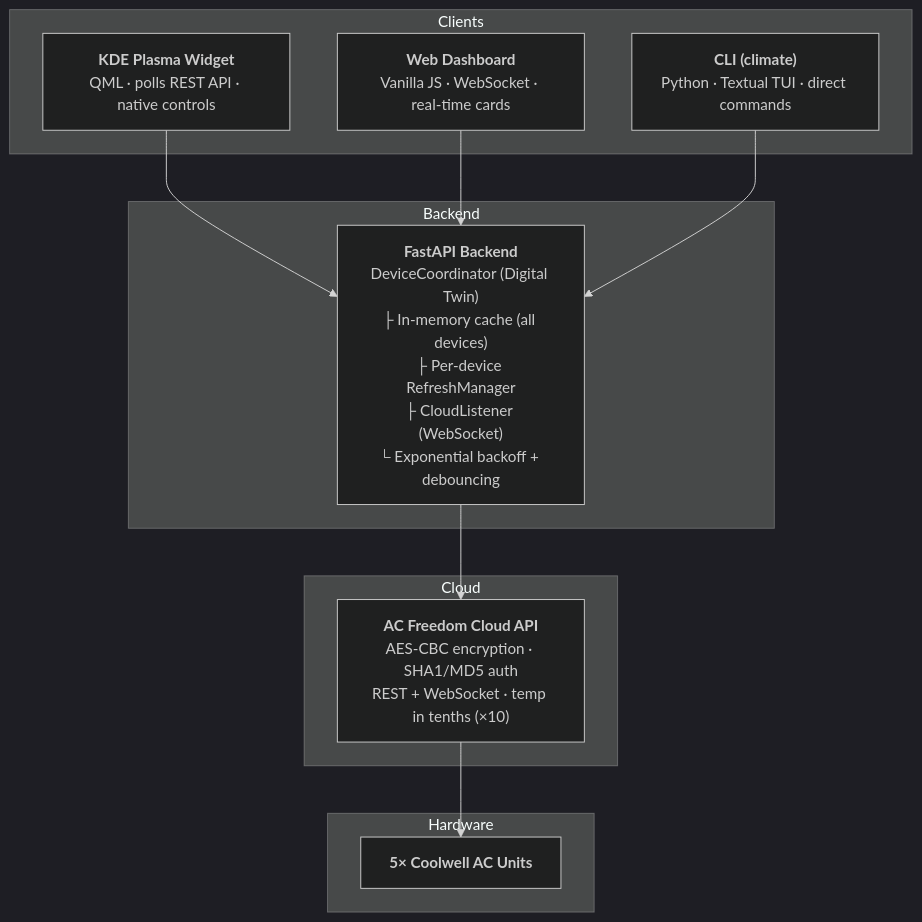
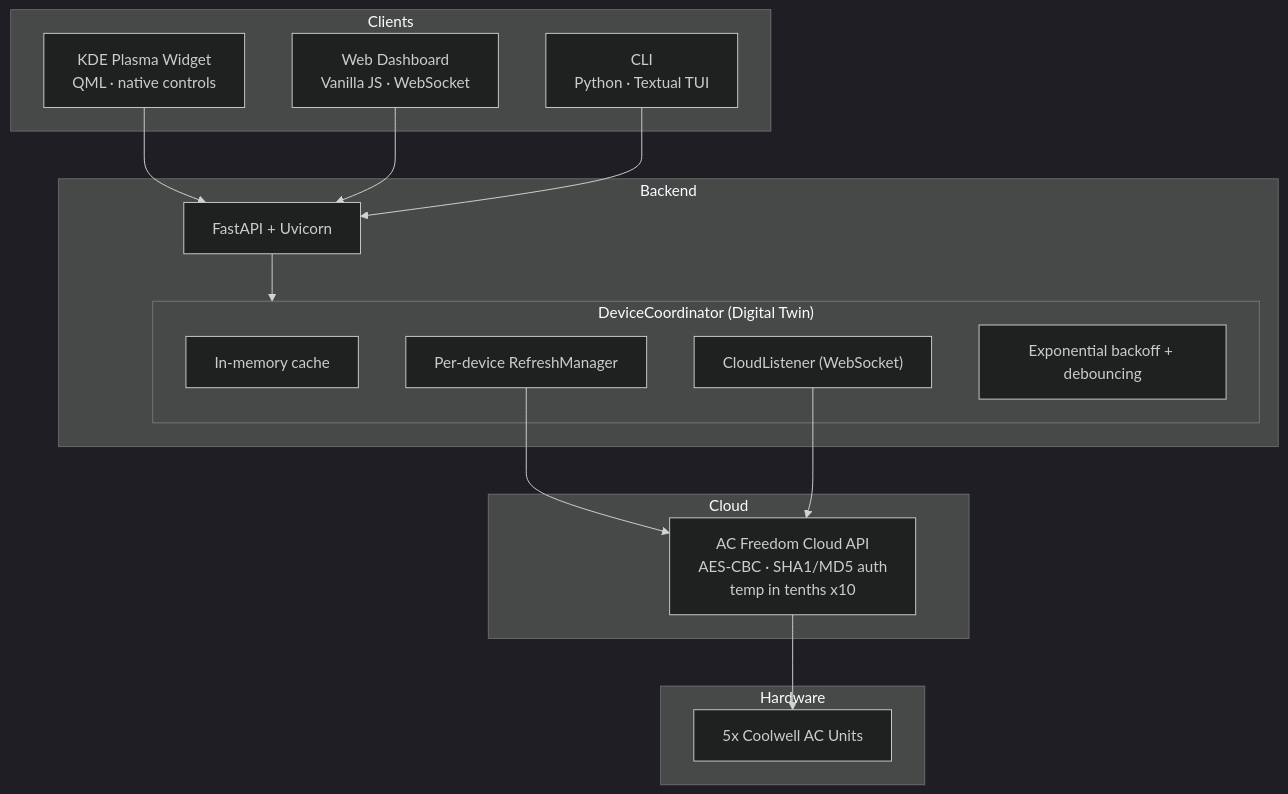
One commit to gnespolino/devhandbook changed the second of 2 diagrams in docs/sections/Climate_Hub.md. Above: the diagram before and after it, drawn with Mermaid (dark theme). The commit also changed other lines of this file, not shown here.

Commit message:
Refactor Mermaid diagrams: use native nodes instead of tree text

````diff
--- a/docs/sections/Climate_Hub.md
+++ b/docs/sections/Climate_Hub.md
@@ -128,22 +134,30 @@
 ```mermaid
 graph TD
     subgraph Clients
-        W["<b>KDE Plasma Widget</b><br/>QML · polls REST API · native controls"]
-        D["<b>Web Dashboard</b><br/>Vanilla JS · WebSocket · real-time cards"]
-        CLI["<b>CLI (climate)</b><br/>Python · Textual TUI · direct commands"]
+        W["KDE Plasma Widget<br/>QML · native controls"]
+        D["Web Dashboard<br/>Vanilla JS · WebSocket"]
+        CLI["CLI<br/>Python · Textual TUI"]
     end
     subgraph Backend
-        F["<b>FastAPI Backend</b><br/>DeviceCoordinator (Digital Twin)<br/>├ In-memory cache (all devices)<br/>├ Per-device RefreshManager<br/>├ CloudListener (WebSocket)<br/>└ Exponential backoff + debouncing"]
+        F["FastAPI + Uvicorn"]
+        subgraph DeviceCoordinator2["DeviceCoordinator (Digital Twin)"]
+            Cache2["In-memory cache"]
+            Refresh2["Per-device RefreshManager"]
+            Listener2["CloudListener (WebSocket)"]
+            Backoff["Exponential backoff + debouncing"]
+        end
     end
     subgraph Cloud
-        API["<b>AC Freedom Cloud API</b><br/>AES-CBC encryption · SHA1/MD5 auth<br/>REST + WebSocket · temp in tenths (×10)"]
+        API["AC Freedom Cloud API<br/>AES-CBC · SHA1/MD5 auth<br/>temp in tenths x10"]
     end
     subgraph Hardware
-        AC["<b>5× Coolwell AC Units</b>"]
+        AC["5x Coolwell AC Units"]
     end
     W --> F
     D --> F
     CLI --> F
-    F --> API
+    F --> DeviceCoordinator2
+    Refresh2 --> API
+    Listener2 --> API
     API --> AC
 ```
````
